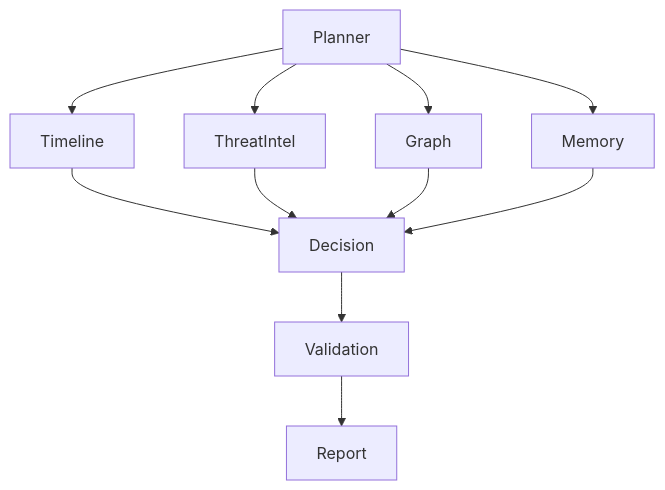
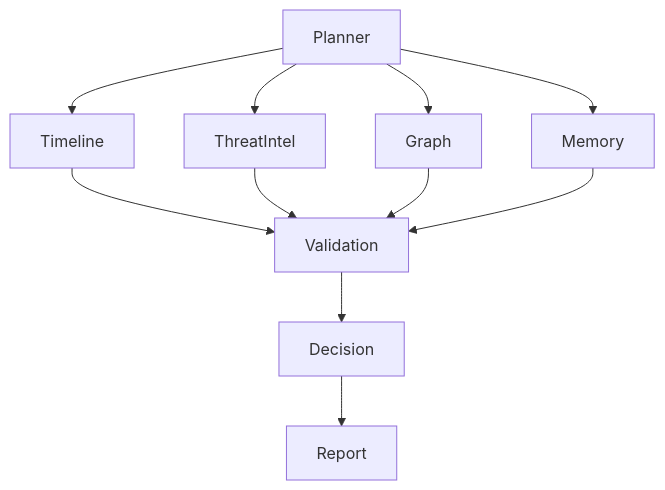
Before and after one commit to koraayoztuurk/SentinelAI: the second of 3 diagrams in docs/03-ai/agent-architecture.md, drawn with Mermaid. The commit also changed other lines of this file, not shown here.

Commit message:
docs(ai): align validation workflow diagrams

````diff
--- a/docs/03-ai/agent-architecture.md
+++ b/docs/03-ai/agent-architecture.md
@@ -499,23 +499,23 @@
 ```mermaid
 flowchart TD
 
 Planner --> Timeline
 
 Planner --> ThreatIntel
 
 Planner --> Graph
 
 Planner --> Memory
 
-Timeline --> Decision
+Timeline --> Validation
 
-ThreatIntel --> Decision
+ThreatIntel --> Validation
 
-Graph --> Decision
+Graph --> Validation
 
-Memory --> Decision
+Memory --> Validation
 
-Decision --> Validation
+Validation --> Decision
 
-Validation --> Report
+Decision --> Report
 ```
````
